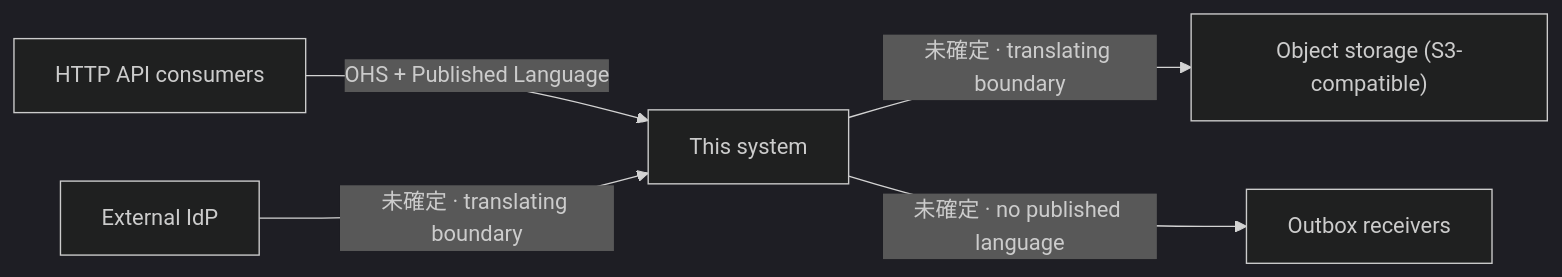
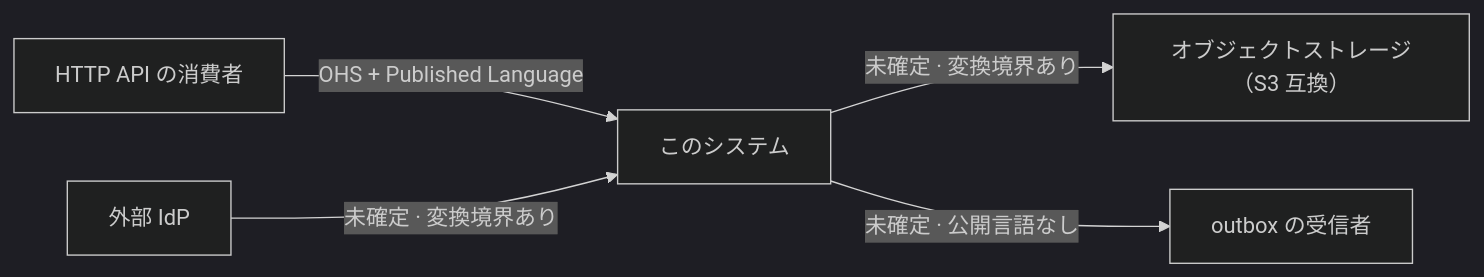
Before and after one commit to Tomy-ch/go-boilerplate: the diagram in docs/design/context-map.md, drawn with Mermaid (dark theme). The commit also changed other lines of this file and 970 other files, not shown here.

````diff
--- a/docs/design/context-map.md
+++ b/docs/design/context-map.md
@@ -85,7 +80,7 @@
 ```mermaid
 flowchart LR
-    Consumers["HTTP API consumers"] -->|OHS + Published Language| SUT["This system"]
-    IdP["External IdP"] -->|未確定 · translating boundary| SUT
-    SUT -->|未確定 · translating boundary| Storage["Object storage (S3-compatible)"]
-    SUT -->|未確定 · no published language| Receivers["Outbox receivers"]
+    Consumers["HTTP API の消費者"] -->|OHS + Published Language| SUT["このシステム"]
+    IdP["外部 IdP"] -->|未確定 · 変換境界あり| SUT
+    SUT -->|未確定 · 変換境界あり| Storage["オブジェクトストレージ（S3 互換）"]
+    SUT -->|未確定 · 公開言語なし| Receivers["outbox の受信者"]
 ```
````
